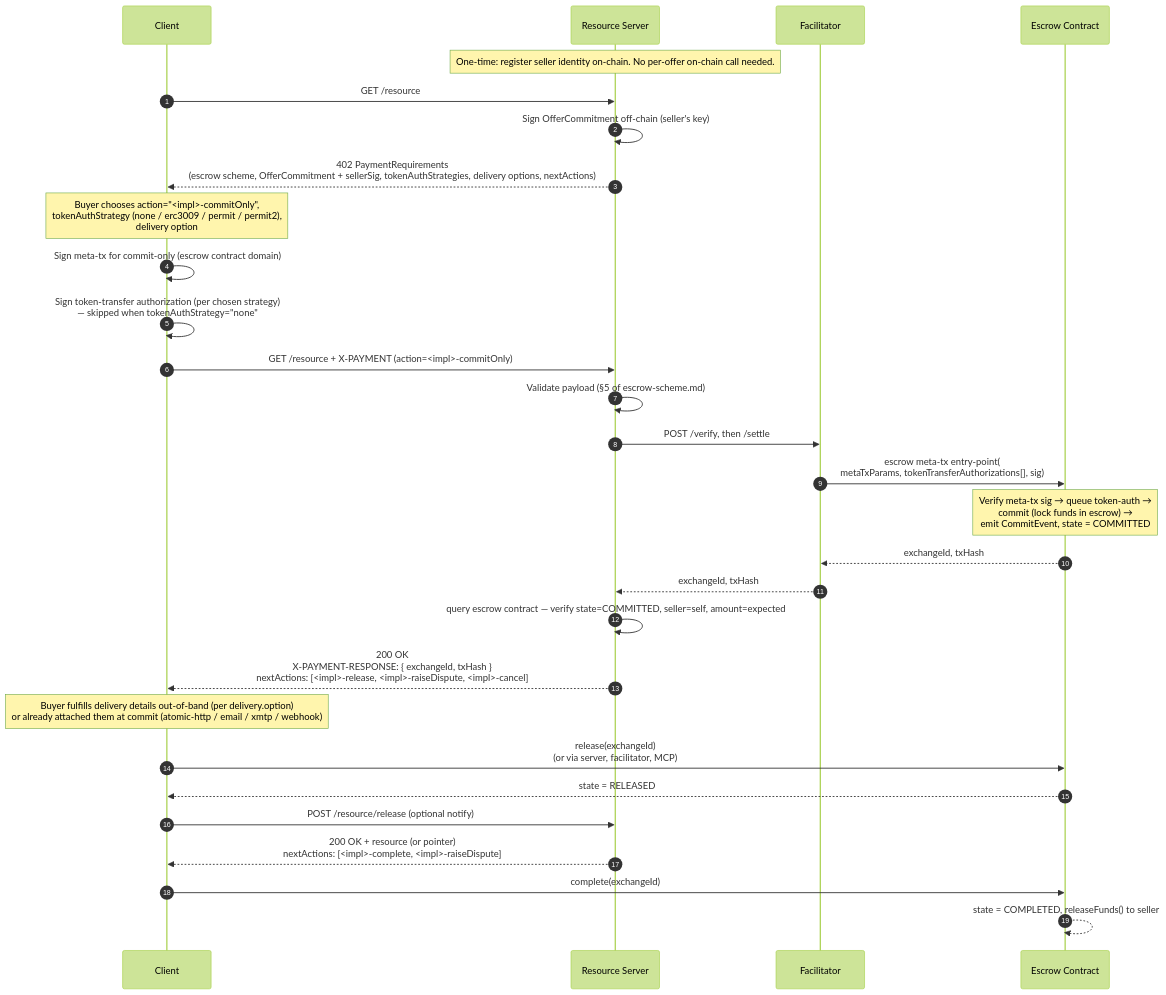
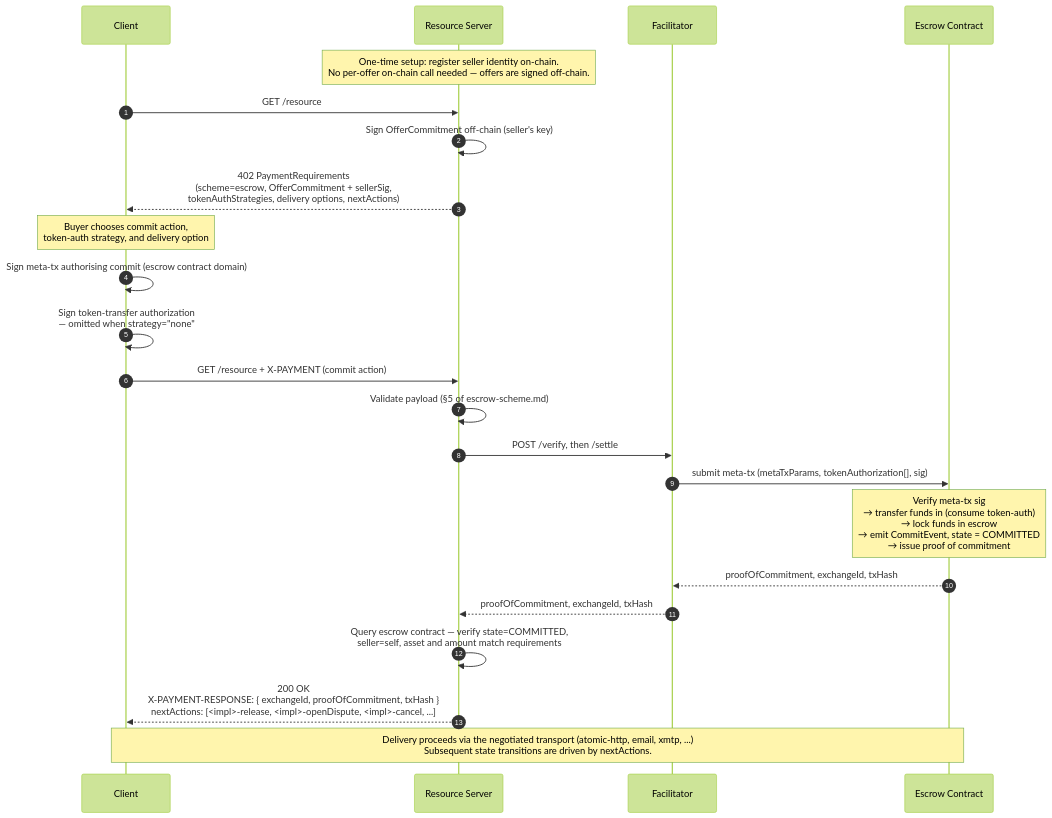
The first of 3 diagrams in 02-flows.md (bosonprotocol/x402-escrow-schema), drawn with Mermaid (forest theme) before and after one commit. The commit also changed other lines of this file and 1 other file, not shown here.

Commit message:
generalize flows and state machines

````diff
--- a/02-flows.md
+++ b/02-flows.md
@@ -9,42 +9,34 @@
 ```mermaid
 sequenceDiagram
     autonumber
     participant C as Client
     participant S as Resource Server
     participant F as Facilitator
     participant E as Escrow Contract
 
-    Note over S: One-time: register seller identity on-chain. No per-offer on-chain call needed.
+    Note over S: One-time setup: register seller identity on-chain.<br/>No per-offer on-chain call needed — offers are signed off-chain.
 
     C->>S: GET /resource
     S->>S: Sign OfferCommitment off-chain (seller's key)
-    S-->>C: 402 PaymentRequirements<br/>(escrow scheme, OfferCommitment + sellerSig, tokenAuthStrategies, delivery options, nextActions)
+    S-->>C: 402 PaymentRequirements<br/>(scheme=escrow, OfferCommitment + sellerSig,<br/>tokenAuthStrategies, delivery options, nextActions)
 
-    Note over C: Buyer chooses action="<impl>-commitOnly",<br/>tokenAuthStrategy (none / erc3009 / permit / permit2),<br/>delivery option
+    Note over C: Buyer chooses commit action,<br/>token-auth strategy, and delivery option
 
-    C->>C: Sign meta-tx for commit-only (escrow contract domain)
-    C->>C: Sign token-transfer authorization (per chosen strategy)<br/>— skipped when tokenAuthStrategy="none"
+    C->>C: Sign meta-tx authorising commit (escrow contract domain)
+    C->>C: Sign token-transfer authorization<br/>— omitted when strategy="none"
 
-    C->>S: GET /resource + X-PAYMENT (action=<impl>-commitOnly)
+    C->>S: GET /resource + X-PAYMENT (commit action)
     S->>S: Validate payload (§5 of escrow-scheme.md)
     S->>F: POST /verify, then /settle
 
-    F->>E: escrow meta-tx entry-point(<br/>metaTxParams, tokenTransferAuthorizations[], sig)
-    Note over E: Verify meta-tx sig → queue token-auth →<br/>commit (lock funds in escrow) →<br/>emit CommitEvent, state = COMMITTED
-    E-->>F: exchangeId, txHash
-    F-->>S: exchangeId, txHash
+    F->>E: submit meta-tx (metaTxParams, tokenAuthorization[], sig)
+    Note over E: Verify meta-tx sig<br/>→ transfer funds in (consume token-auth)<br/>→ lock funds in escrow<br/>→ emit CommitEvent, state = COMMITTED<br/>→ issue proof of commitment
 
-    S->>S: query escrow contract — verify state=COMMITTED, seller=self, amount=expected
-    S-->>C: 200 OK<br/>X-PAYMENT-RESPONSE: { exchangeId, txHash }<br/>nextActions: [<impl>-release, <impl>-raiseDispute, <impl>-cancel]
+    E-->>F: proofOfCommitment, exchangeId, txHash
+    F-->>S: proofOfCommitment, exchangeId, txHash
 
-    Note over C: Buyer fulfills delivery details out-of-band (per delivery.option)<br/>or already attached them at commit (atomic-http / email / xmtp / webhook)
+    S->>S: Query escrow contract — verify state=COMMITTED,<br/>seller=self, asset and amount match requirements
+    S-->>C: 200 OK<br/>X-PAYMENT-RESPONSE: { exchangeId, proofOfCommitment, txHash }<br/>nextActions: [<impl>-release, <impl>-openDispute, <impl>-cancel, ...]
 
-    C->>E: release(exchangeId)<br/>(or via server, facilitator, MCP)
-    E-->>C: state = RELEASED
-
-    C->>S: POST /resource/release (optional notify)
-    S-->>C: 200 OK + resource (or pointer)<br/>nextActions: [<impl>-complete, <impl>-raiseDispute]
-
-    C->>E: complete(exchangeId)
-    E-->>E: state = COMPLETED, releaseFunds() to seller
+    Note over C,E: Delivery proceeds via the negotiated transport (atomic-http, email, xmtp, ...)<br/>Subsequent state transitions are driven by nextActions.
 ```
````
